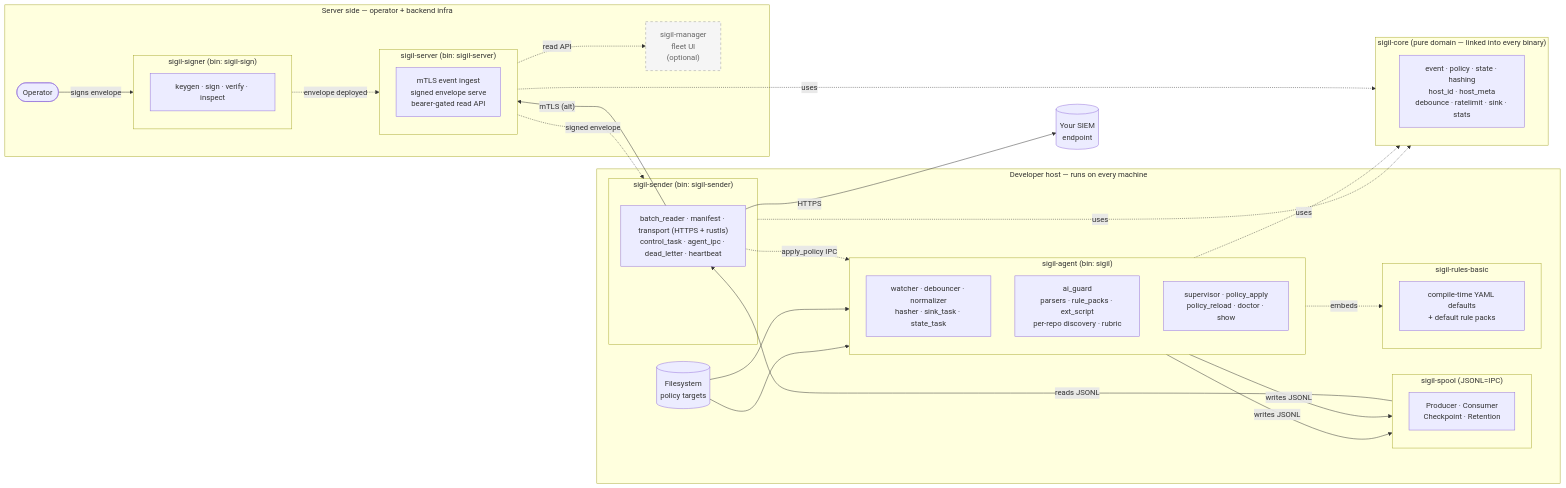
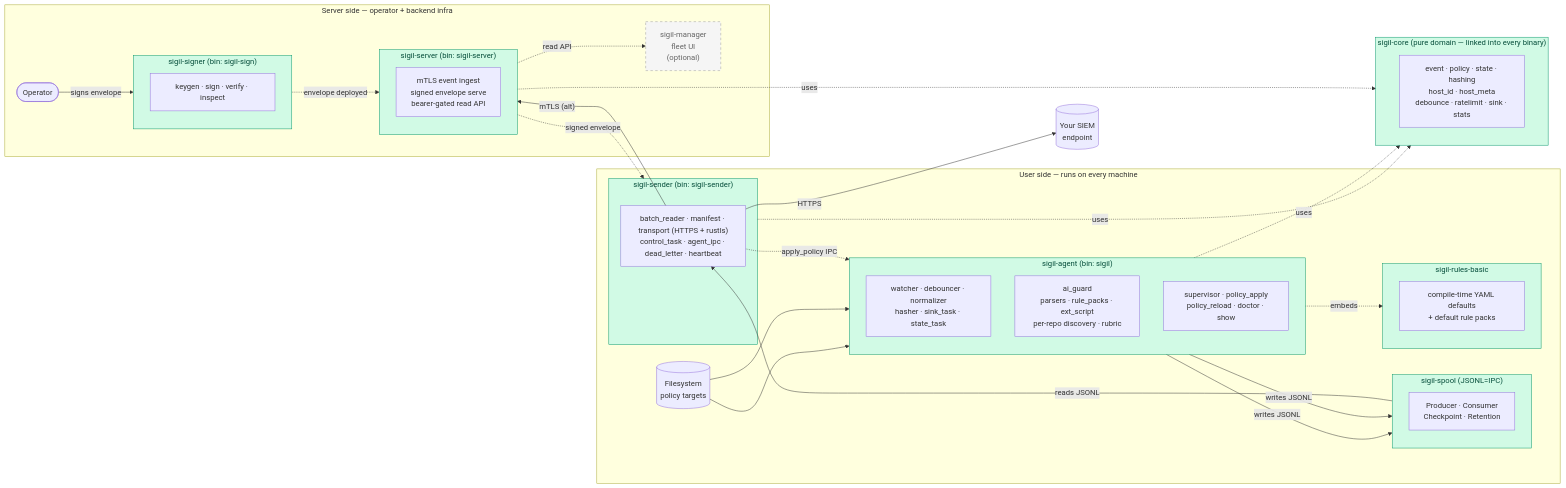
Before and after one commit to Ju571nK/sigil: the diagram in README.md, drawn with Mermaid.

Commit message:
docs(readme): green component boxes + rename host group to "User side"
Color the crate subgraphs (agent, spool, sender, rules, signer, server, core)
green so they stand out from the yellow location boxes — previously the
location grouping and the components shared the default color and blended.
Rename the client-side location box from "Developer host" to "User side".

````diff
--- a/README.md
+++ b/README.md
@@ -190,7 +190,7 @@
 ```mermaid
 flowchart LR
     %% ============ CLIENT — the developer's machine ============
-    subgraph host["Developer host — runs on every machine"]
+    subgraph host["User side — runs on every machine"]
         FS[("Filesystem<br/>policy targets")]
 
         subgraph agent["sigil-agent (bin: sigil)"]
@@ -260,4 +260,13 @@
     agent -. embeds .-> rules
 
     classDef optional stroke-dasharray: 5 5,fill:#f5f5f5,stroke:#999,color:#666
+
+    %% Components (crates) in green so they stand out from the location boxes
+    style agent  fill:#d1fae5,stroke:#059669,color:#064e3b
+    style spool  fill:#d1fae5,stroke:#059669,color:#064e3b
+    style sender fill:#d1fae5,stroke:#059669,color:#064e3b
+    style rules  fill:#d1fae5,stroke:#059669,color:#064e3b
+    style signer fill:#d1fae5,stroke:#059669,color:#064e3b
+    style server fill:#d1fae5,stroke:#059669,color:#064e3b
+    style core   fill:#d1fae5,stroke:#059669,color:#064e3b
 ```
````
